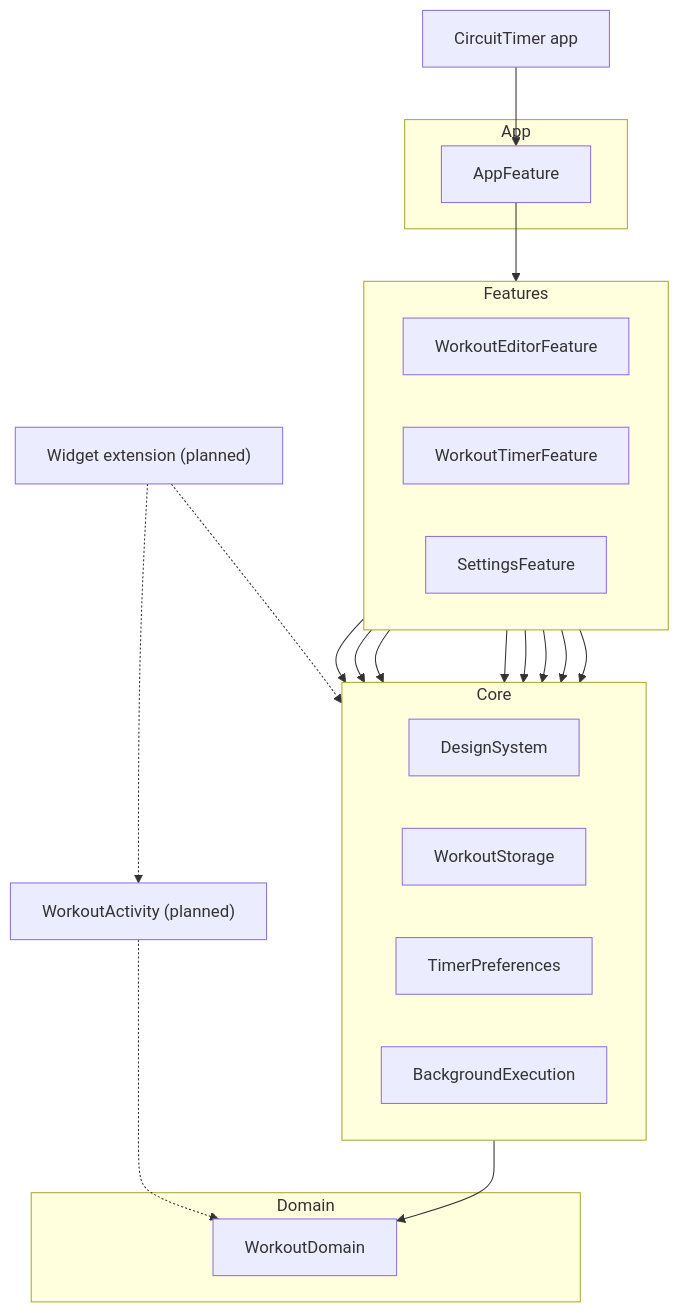
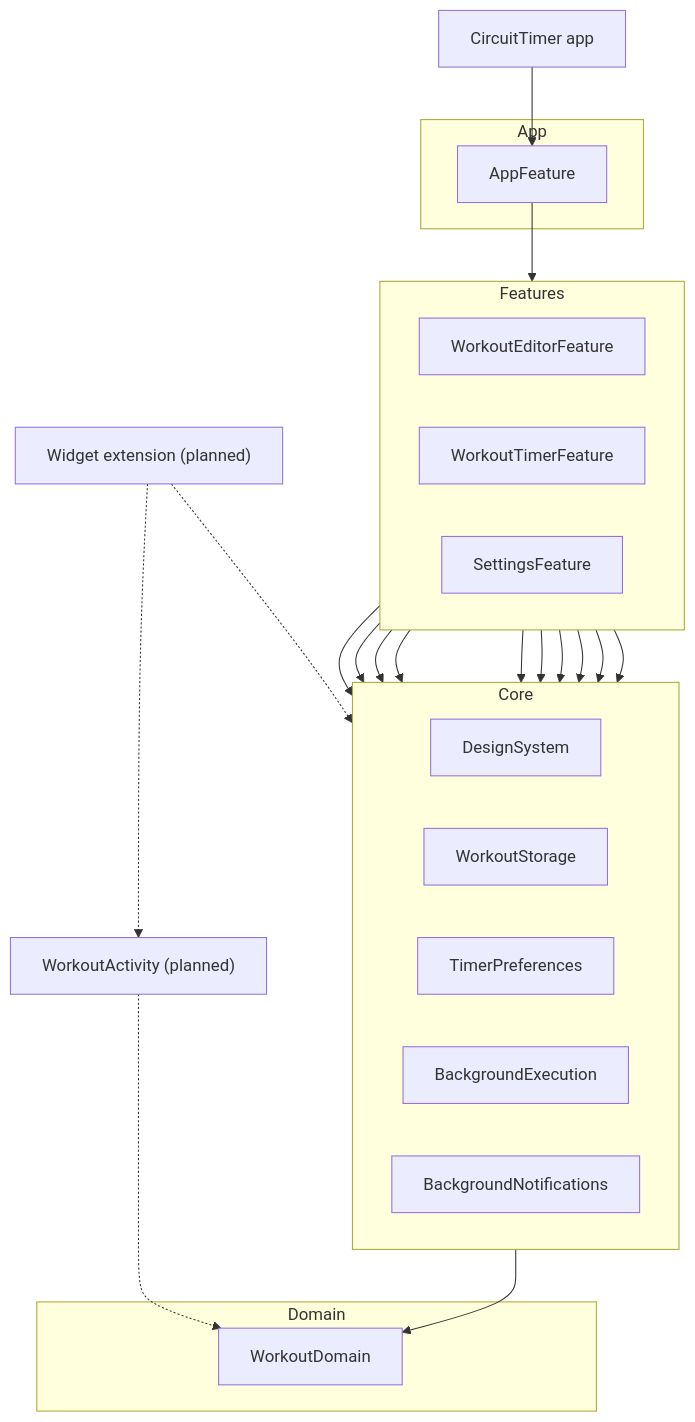
The diagram in README.md (akrementsov/CircuitTimer), drawn with Mermaid before and after one commit. The commit also changed other lines of this file and 47 other files, not shown here.

First line of the commit message:
CT-3-5: Add background workout notifications (#20)

````diff
--- a/README.md
+++ b/README.md
@@ -24,42 +24,45 @@
 ```mermaid
 flowchart TD
     Shell["CircuitTimer app"] --> AppFeature
 
     subgraph AppLayer["App"]
         AppFeature
     end
 
     subgraph Features
         direction LR
         WorkoutEditorFeature
         WorkoutTimerFeature
         SettingsFeature
     end
 
     subgraph Core
         direction LR
         DesignSystem
         WorkoutStorage
         TimerPreferences
         BackgroundExecution
+        BackgroundNotifications
     end
 
     subgraph Domain
         WorkoutDomain
     end
 
     AppFeature --> Features
     WorkoutEditorFeature --> DesignSystem
     WorkoutEditorFeature --> WorkoutStorage
     WorkoutTimerFeature --> DesignSystem
     WorkoutTimerFeature --> WorkoutStorage
     WorkoutTimerFeature --> TimerPreferences
     WorkoutTimerFeature --> BackgroundExecution
     SettingsFeature --> DesignSystem
     SettingsFeature --> TimerPreferences
+    SettingsFeature --> BackgroundNotifications
+    WorkoutTimerFeature --> BackgroundNotifications
     WorkoutStorage --> WorkoutDomain
 
     Widget["Widget extension (planned)"] -.-> WorkoutActivity["WorkoutActivity (planned)"]
     Widget -.-> DesignSystem
     WorkoutActivity -.-> WorkoutDomain
 ```
````
